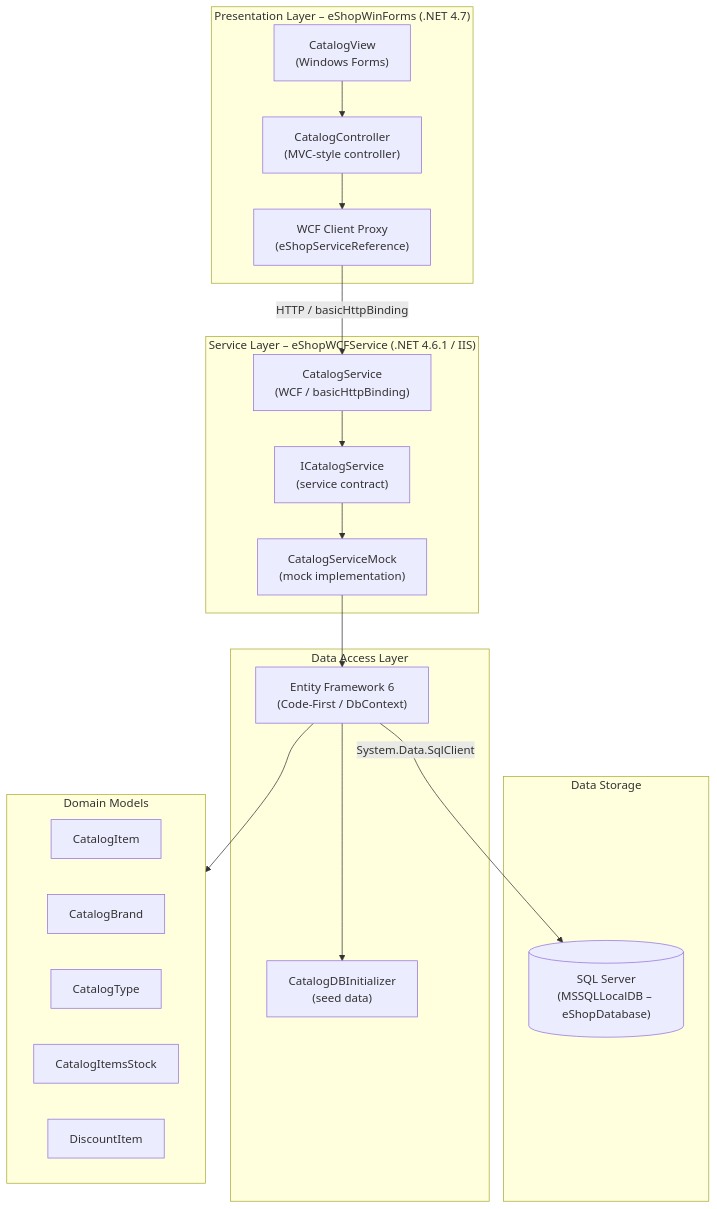
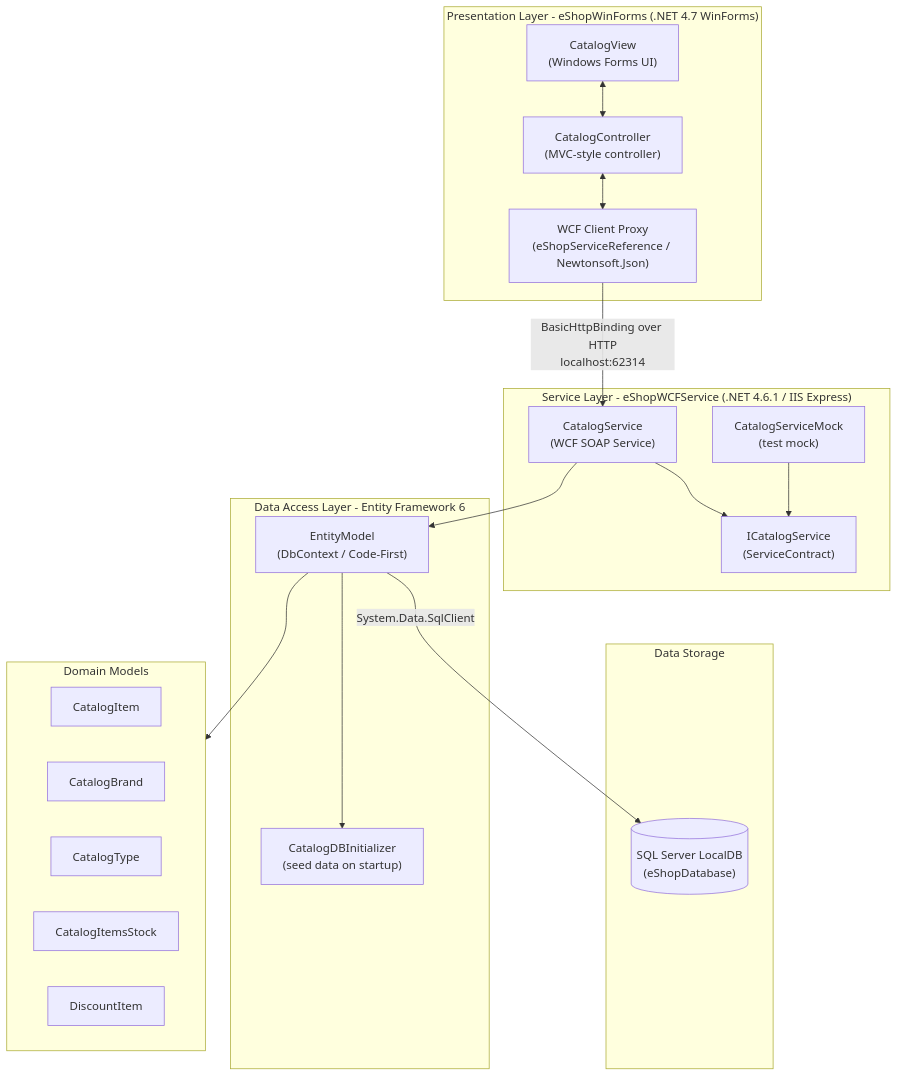
The diagram in .github/modernize/architecture-diagram.md (zhoufenqin/eShopLegacyNTier), drawn with Mermaid before and after one commit. The commit also changed 5 other files, not shown here.

Commit message:
Add assessment report and architecture diagram

````diff
--- a/.github/modernize/architecture-diagram.md
+++ b/.github/modernize/architecture-diagram.md
@@ -7,41 +7,41 @@
 ```mermaid
 flowchart TD
-    subgraph Client["Presentation Layer – eShopWinForms (.NET 4.7)"]
-        UI["CatalogView\n(Windows Forms)"]
+    subgraph Client["Presentation Layer - eShopWinForms (.NET 4.7 WinForms)"]
+        UI["CatalogView\n(Windows Forms UI)"]
         Controller["CatalogController\n(MVC-style controller)"]
-        WCFClient["WCF Client Proxy\n(eShopServiceReference)"]
-        UI --> Controller
-        Controller --> WCFClient
+        WCFClient["WCF Client Proxy\n(eShopServiceReference / Newtonsoft.Json)"]
+        UI <--> Controller
+        Controller <--> WCFClient
     end
 
-    subgraph Service["Service Layer – eShopWCFService (.NET 4.6.1 / IIS)"]
-        WCFEndpoint["CatalogService\n(WCF / basicHttpBinding)"]
-        ServiceInterface["ICatalogService\n(service contract)"]
-        MockImpl["CatalogServiceMock\n(mock implementation)"]
+    subgraph Service["Service Layer - eShopWCFService (.NET 4.6.1 / IIS Express)"]
+        WCFEndpoint["CatalogService\n(WCF SOAP Service)"]
+        ServiceInterface["ICatalogService\n(ServiceContract)"]
+        MockImpl["CatalogServiceMock\n(test mock)"]
         WCFEndpoint --> ServiceInterface
-        ServiceInterface --> MockImpl
+        MockImpl --> ServiceInterface
     end
 
-    subgraph DataAccess["Data Access Layer"]
-        EF["Entity Framework 6\n(Code-First / DbContext)"]
-        DBInit["CatalogDBInitializer\n(seed data)"]
+    subgraph DataAccess["Data Access Layer - Entity Framework 6"]
+        EF["EntityModel\n(DbContext / Code-First)"]
+        DBInit["CatalogDBInitializer\n(seed data on startup)"]
         EF --> DBInit
     end
 
     subgraph Storage["Data Storage"]
-        SQL[("SQL Server\n(MSSQLLocalDB – eShopDatabase)")]
+        SQL[("SQL Server LocalDB\n(eShopDatabase)")]
     end
 
     subgraph Models["Domain Models"]
         CatalogItem["CatalogItem"]
         CatalogBrand["CatalogBrand"]
         CatalogType["CatalogType"]
         CatalogItemsStock["CatalogItemsStock"]
         DiscountItem["DiscountItem"]
     end
 
-    WCFClient -- "HTTP / basicHttpBinding" --> WCFEndpoint
-    MockImpl --> EF
+    WCFClient -- "BasicHttpBinding over HTTP\nlocalhost:62314" --> WCFEndpoint
+    WCFEndpoint --> EF
     EF -- "System.Data.SqlClient" --> SQL
     EF --> Models
 ```
````
